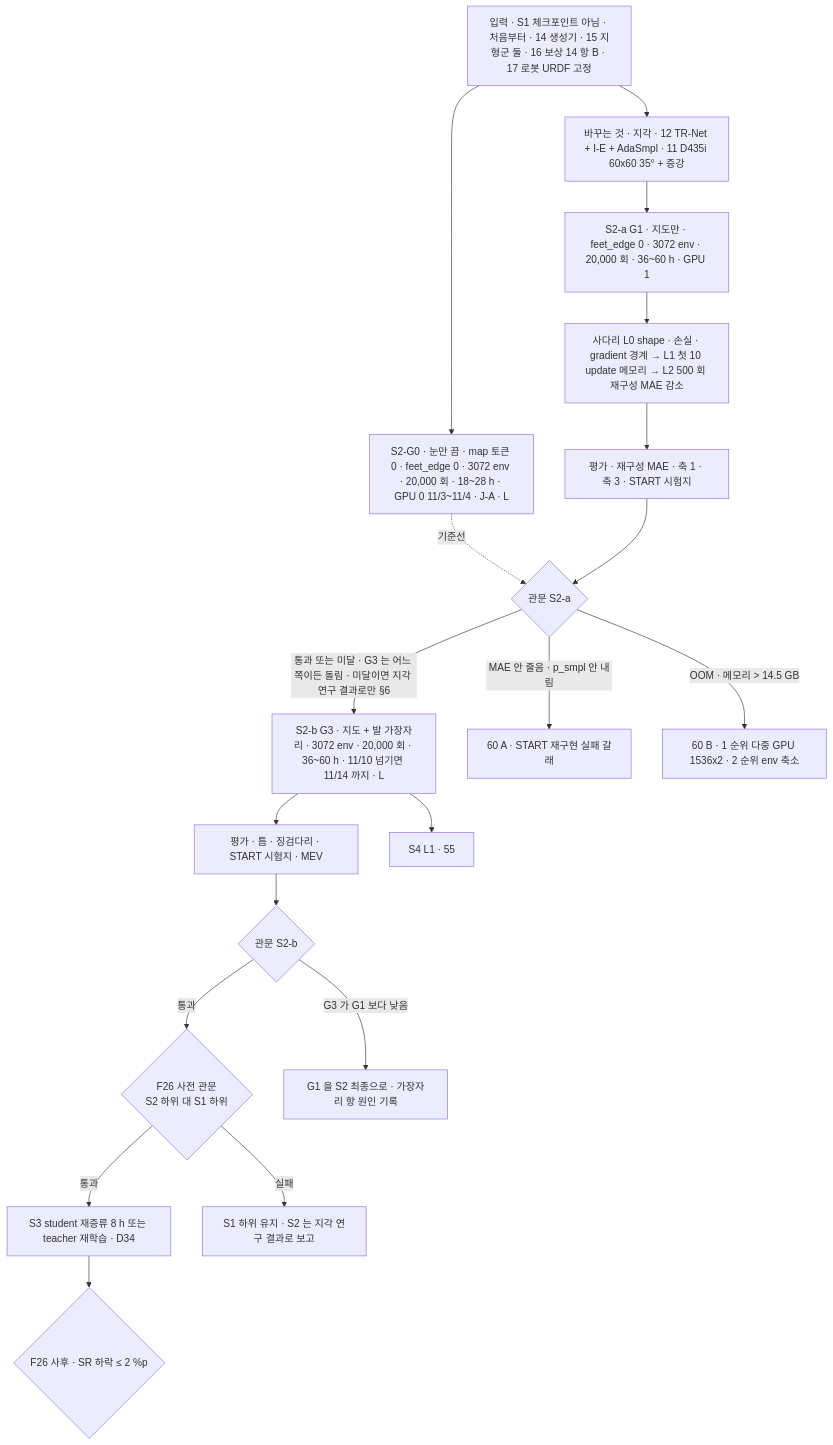
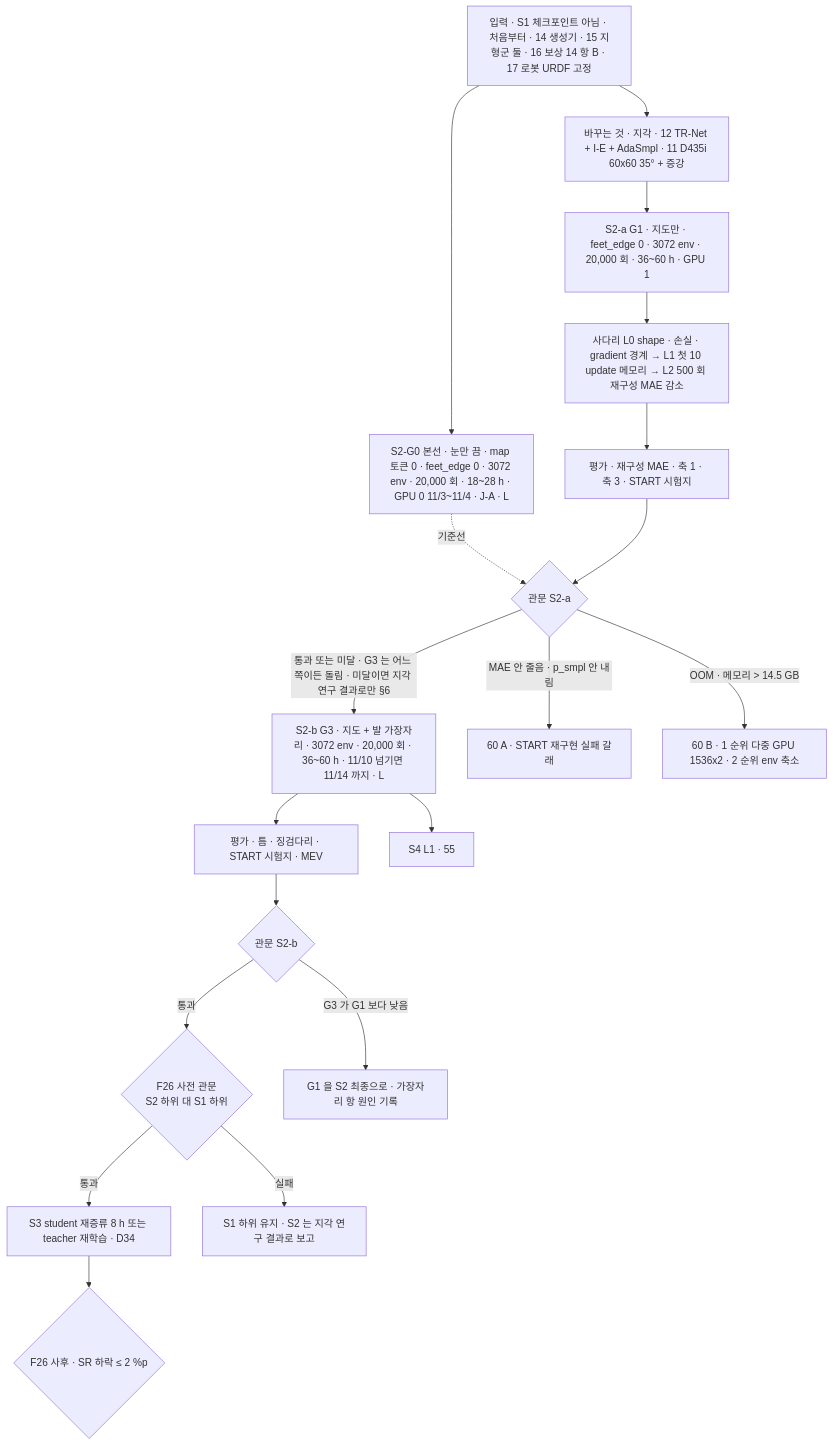
The diagram in inbox/jay/20261019-design/53-S2-PERCEPTION.md (foothold-project/foothold-lab), drawn with Mermaid before and after one commit. The commit also changed other lines of this file and 1 other file, not shown here.

````diff
--- a/inbox/jay/20261019-design/53-S2-PERCEPTION.md
+++ b/inbox/jay/20261019-design/53-S2-PERCEPTION.md
@@ -15,21 +29,21 @@
 ```mermaid
 flowchart TB
-  IN[입력 · S1 체크포인트 아님 · 처음부터 · 14 생성기 · 15 지형군 둘 · 16 보상 14 항 B · 17 로봇 URDF 고정] --> G0[S2-G0 · 눈만 끔 · map 토큰 0 · feet_edge 0 · 3072 env · 20,000 회 · 18~28 h · GPU 0 11/3~11/4 · J-A · L]
+  IN[입력 · S1 체크포인트 아님 · 처음부터 · 14 생성기 · 15 지형군 둘 · 16 보상 14 항 B · 17 로봇 URDF 고정] --> G0[S2-G0 본선 · 눈만 끔 · map 토큰 0 · feet_edge 0 · 3072 env · 20,000 회 · 18~28 h · GPU 0 11/3~11/4 · J-A · L]
   IN --> CH[바꾸는 것 · 지각 · 12 TR-Net + I-E + AdaSmpl · 11 D435i 60x60 35° + 증강]
   CH --> G1[S2-a G1 · 지도만 · feet_edge 0 · 3072 env · 20,000 회 · 36~60 h · GPU 1]
   G0 -. 기준선 .-> GA
   G1 --> L1[사다리 L0 shape · 손실 · gradient 경계 → L1 첫 10 update 메모리 → L2 500 회 재구성 MAE 감소]
   L1 --> E1[평가 · 재구성 MAE · 축 1 · 축 3 · START 시험지]
   E1 --> GA{관문 S2-a}
   GA -->|통과 또는 미달 · G3 는 어느 쪽이든 돌림 · 미달이면 지각 연구 결과로만 §6| G3[S2-b G3 · 지도 + 발 가장자리 · 3072 env · 20,000 회 · 36~60 h · 11/10 넘기면 11/14 까지 · L]
   GA -->|MAE 안 줄음 · p_smpl 안 내림| A[60 A · START 재구현 실패 갈래]
   GA -->|OOM · 메모리 > 14.5 GB| B[60 B · 1 순위 다중 GPU 1536x2 · 2 순위 env 축소]
   G3 --> E3[평가 · 틈 · 징검다리 · START 시험지 · MEV]
   E3 --> GB{관문 S2-b}
   GB -->|통과| F26{F26 사전 관문<br/>S2 하위 대 S1 하위}
   GB -->|G3 가 G1 보다 낮음| K[G1 을 S2 최종으로 · 가장자리 항 원인 기록]
   F26 -->|통과| RD[S3 student 재증류 8 h 또는 teacher 재학습 · D34]
   F26 -->|실패| KEEP[S1 하위 유지 · S2 는 지각 연구 결과로 보고]
   RD --> F26b{F26 사후 · SR 하락 ≤ 2 %p}
   G3 --> S4[S4 L1 · 55]
 ```
````
